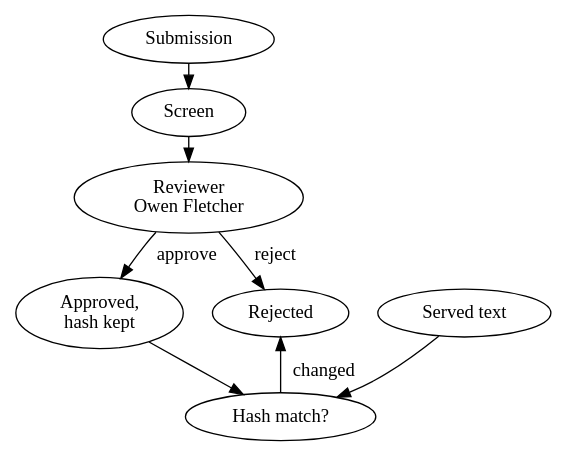
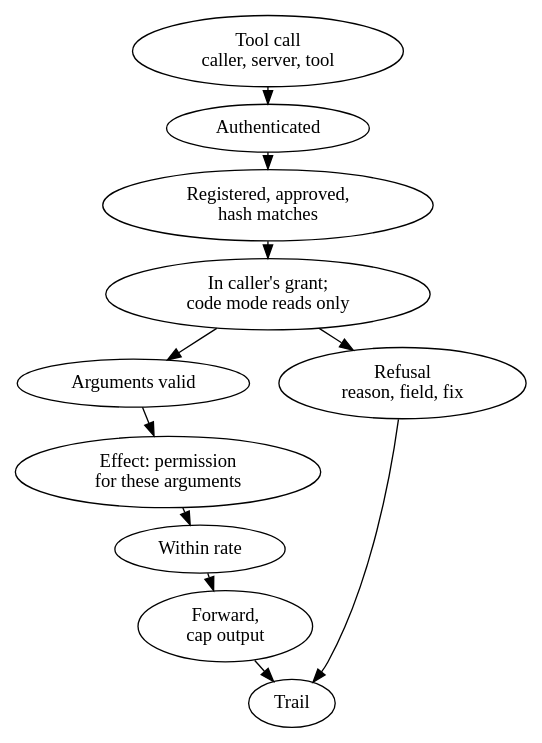
Before and after one commit to rajesh1008/system-design-book: the diagram in figures/src/ch26/fig-26-6.dot, drawn with Graphviz. The commit also changed 281 other files, not shown here.

```diff
--- a/figures/src/ch26/fig-26-6.dot
+++ b/figures/src/ch26/fig-26-6.dot
@@ -1,24 +1,27 @@
-// Figure 26.6  Registry review and the description hash
-// Reading order: top to bottom, then the serving check at the
-// bottom. A submission is screened; a person reviews the findings; an
-// approval records a hash of name, description and schema. At call
-// time the gateway hashes what the server serves; a mismatch is a
-// refusal and a resubmission. From gateway.registry.
+// Figure 26.6  The gateway's checks, in order
+// Reading order: top to bottom. A call passes authentication, the
+// registry and its description hash, the caller's scope, the code-mode
+// rule, the argument schema, the permission for effects and the rate
+// limit, then is forwarded with its output capped. Any failure is a
+// structured refusal. Every outcome writes one trail line. From
+// gateway.core.Gateway.call.
 digraph hld {
 #include "book.gv"
-  rankdir=TB; nodesep=0.3; ranksep=0.25;
-  sub [label="Submission", class="org"];
-  scr [label="Screen", class="policy gate"];
-  rev [label="Reviewer\nOwen Fletcher", class="org human"];
-  ent [label="Approved,\nhash kept", class="knowledge store"];
-  rej [label="Rejected", class="fail"];
-  served [label="Served text", class="ops"];
-  cmp [label="Hash match?", class="policy gate"];
-  sub -> scr -> rev [class="data"];
-  rev -> ent [class="emphasis", label=" approve"];
-  rev -> rej [class="fail", label=" reject"];
-  served -> cmp [class="data"];
-  ent -> cmp [class="control"];
-  cmp -> rej [class="fail", label=" changed"];
-  { rank=same; ent; rej; }
+  rankdir=TB; nodesep=0.3; ranksep=0.18;
+  call [label="Tool call\ncaller, server, tool", class="model"];
+  auth [label="Authenticated", class="policy gate"];
+  reg [label="Registered, approved,\nhash matches", class="policy gate"];
+  scope [label="In caller's grant;\ncode mode reads only", class="policy gate"];
+  schema [label="Arguments valid", class="policy gate"];
+  perm [label="Effect: permission\nfor these arguments", class="policy gate"];
+  rate [label="Within rate", class="policy gate"];
+  fwd [label="Forward,\ncap output", class="ops"];
+  refuse [label="Refusal\nreason, field, fix", class="fail"];
+  trail [label="Trail", class="knowledge store note"];
+  call -> auth -> reg -> scope -> schema -> perm -> rate [class="data"];
+  rate -> fwd [class="emphasis"];
+  scope -> refuse [class="fail"];
+  fwd -> trail [class="trail"];
+  refuse -> trail [class="trail"];
+  { rank=same; schema; refuse; }
 }
```
